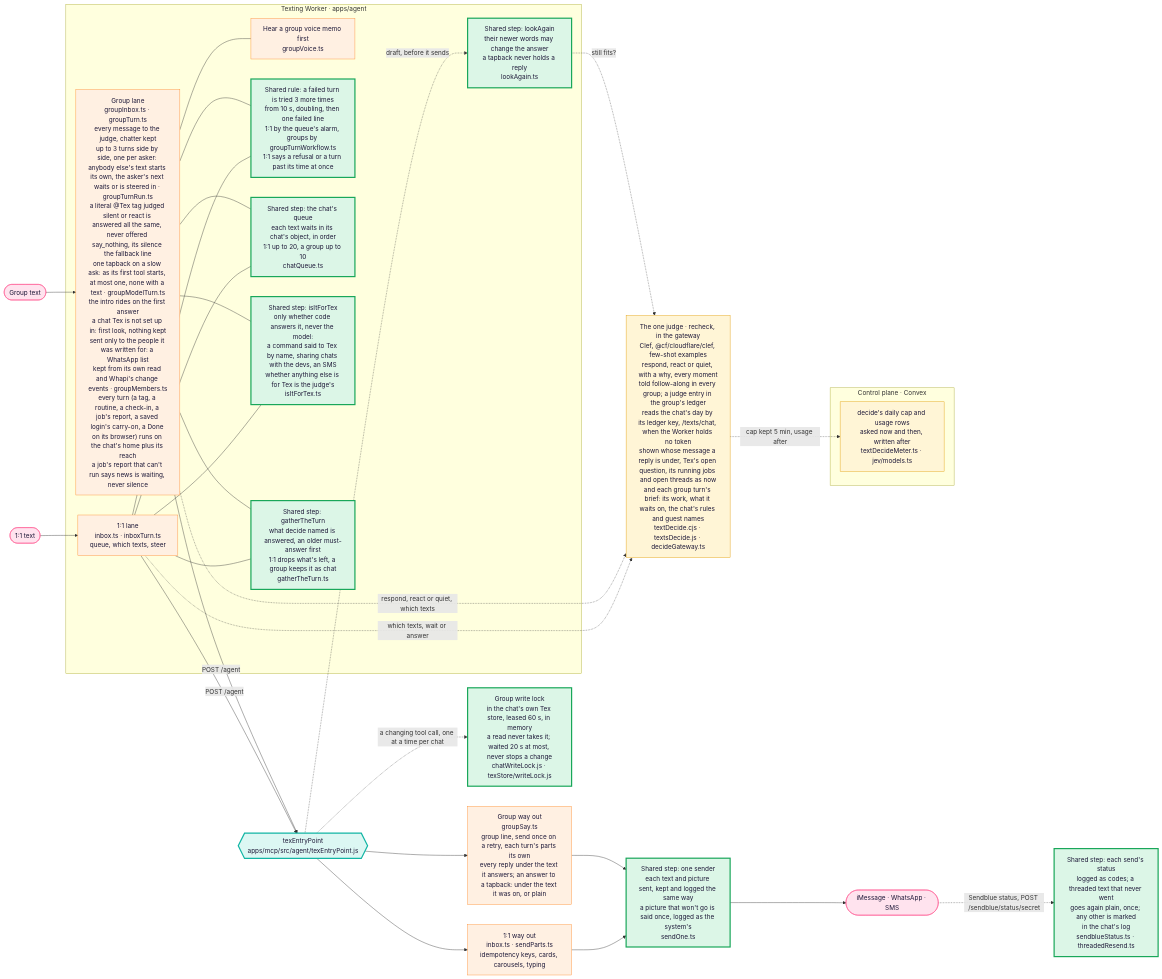
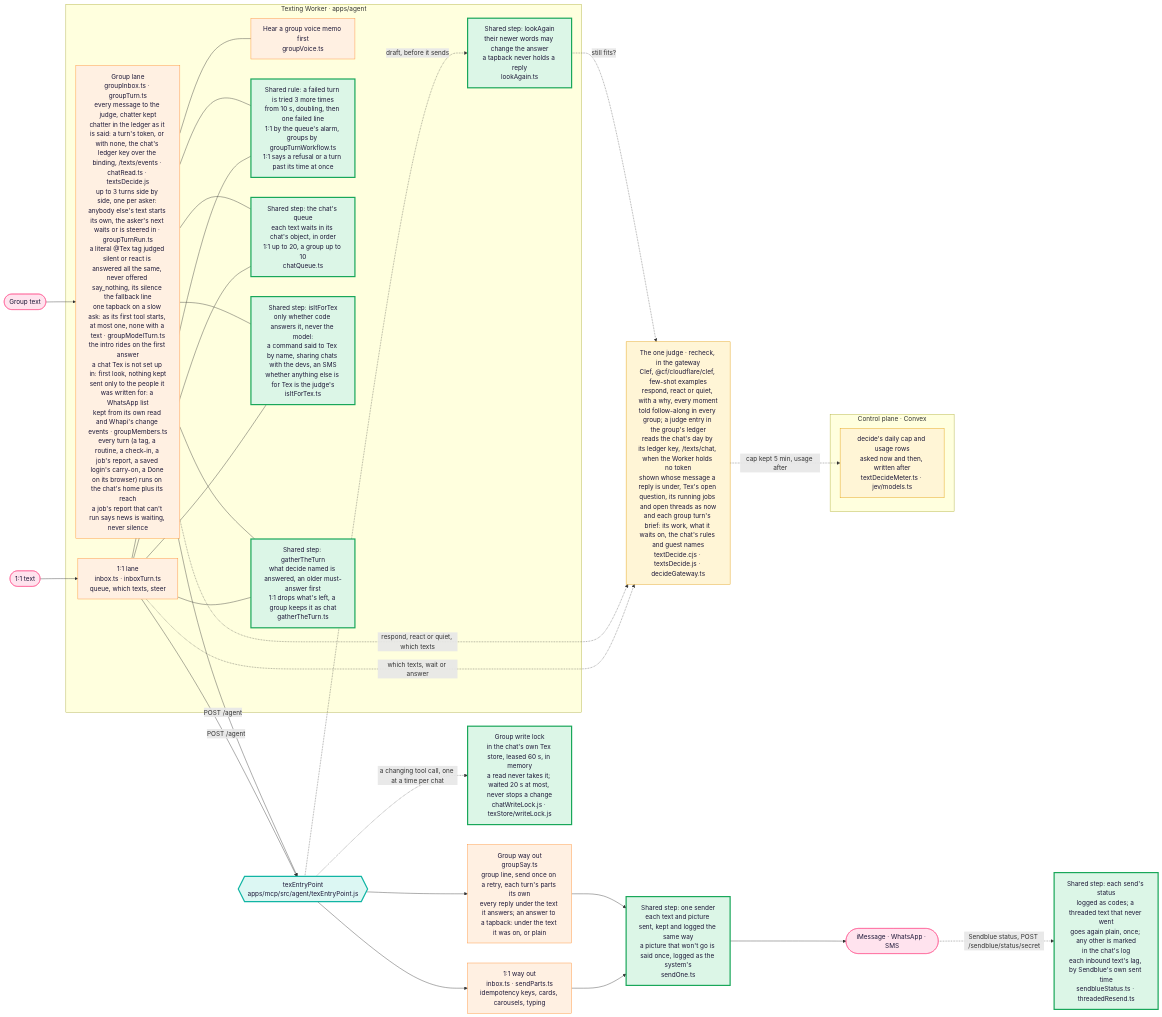
Before and after one commit to Supa-Media/context: the first of 3 diagrams in docs/architecture/tex.md, drawn with Mermaid. The commit also changed other lines of this file and 13 other files, not shown here.

First line of the commit message:
Tex in groups: quiet chatter reaches the ledger with no token; History names the judge's call; log Sendblue's inbound lag

````diff
--- a/docs/architecture/tex.md
+++ b/docs/architecture/tex.md
@@ -22,48 +22,48 @@
 ```mermaid
 flowchart LR
   P1([1:1 text]):::you --> W1
   P2([Group text]):::you --> W2
   subgraph Worker["Texting Worker · apps/agent"]
     W1["1:1 lane<br/>inbox.ts · inboxTurn.ts<br/>queue, which texts, steer"]:::pipe
-    W2["Group lane<br/>groupInbox.ts · groupTurn.ts<br/>every message to the judge, chatter kept<br/>up to 3 turns side by side, one per asker: anybody else's text starts its own, the asker's next waits or is steered in · groupTurnRun.ts<br/>a literal @Tex tag judged silent or react is answered all the same, never offered say_nothing, its silence the fallback line<br/>one tapback on a slow ask: as its first tool starts, at most one, none with a text · groupModelTurn.ts<br/>the intro rides on the first answer<br/>a chat Tex is not set up in: first look, nothing kept<br/>sent only to the people it was written for: a WhatsApp list<br/>kept from its own read and Whapi's change events · groupMembers.ts<br/>every turn (a tag, a routine, a check-in, a job's report, a saved login's carry-on, a Done on its browser) runs on the chat's home plus its reach<br/>a job's report that can't run says news is waiting, never silence"]:::pipe
+    W2["Group lane<br/>groupInbox.ts · groupTurn.ts<br/>every message to the judge, chatter kept<br/>chatter in the ledger as it is said: a turn's token, or with none, the chat's ledger key over the binding, /texts/events · chatRead.ts · textsDecide.js<br/>up to 3 turns side by side, one per asker: anybody else's text starts its own, the asker's next waits or is steered in · groupTurnRun.ts<br/>a literal @Tex tag judged silent or react is answered all the same, never offered say_nothing, its silence the fallback line<br/>one tapback on a slow ask: as its first tool starts, at most one, none with a text · groupModelTurn.ts<br/>the intro rides on the first answer<br/>a chat Tex is not set up in: first look, nothing kept<br/>sent only to the people it was written for: a WhatsApp list<br/>kept from its own read and Whapi's change events · groupMembers.ts<br/>every turn (a tag, a routine, a check-in, a job's report, a saved login's carry-on, a Done on its browser) runs on the chat's home plus its reach<br/>a job's report that can't run says news is waiting, never silence"]:::pipe
     H["Hear a group voice memo first<br/>groupVoice.ts"]:::pipe
     W2 --- H
     LA["Shared step: lookAgain<br/>their newer words may change the answer<br/>a tapback never holds a reply<br/>lookAgain.ts"]:::shared
     RT["Shared rule: a failed turn is tried 3 more times<br/>from 10 s, doubling, then one failed line<br/>1:1 by the queue's alarm, groups by groupTurnWorkflow.ts<br/>1:1 says a refusal or a turn past its time at once"]:::shared
     W1 --- RT
     W2 --- RT
     Q["Shared step: the chat's queue<br/>each text waits in its chat's object, in order<br/>1:1 up to 20, a group up to 10<br/>chatQueue.ts"]:::shared
     W1 --- Q
     W2 --- Q
     FT["Shared step: isItForTex<br/>only whether code answers it, never the model:<br/>a command said to Tex by name, sharing chats with the devs, an SMS<br/>whether anything else is for Tex is the judge's<br/>isItForTex.ts"]:::shared
     W1 --- FT
     W2 --- FT
     GT["Shared step: gatherTheTurn<br/>what decide named is answered, an older must-answer first<br/>1:1 drops what's left, a group keeps it as chat<br/>gatherTheTurn.ts"]:::shared
     W1 --- GT
     W2 --- GT
   end
   D["The one judge · recheck, in the gateway<br/>Clef, @cf/cloudflare/clef, few-shot examples<br/>respond, react or quiet, with a why, every moment<br/>told follow-along in every group; a judge entry in the group's ledger<br/>reads the chat's day by its ledger key, /texts/chat, when the Worker holds no token<br/>shown whose message a reply is under, Tex's open question, its running jobs and open threads as now<br/>and each group turn's brief: its work, what it waits on, the chat's rules and guest names<br/>textDecide.cjs · textsDecide.js · decideGateway.ts"]:::judge
   subgraph Control["Control plane · Convex"]
     CAP["decide's daily cap and usage rows<br/>asked now and then, written after<br/>textDecideMeter.ts · jev/models.ts"]:::judge
   end
   D -. cap kept 5 min, usage after .-> CAP
   W1 -. which texts, wait or answer .-> D
   W2 -. respond, react or quiet, which texts .-> D
   E -. draft, before it sends .-> LA
   LA -. still fits? .-> D
   W1 -->|POST /agent| E
   W2 -->|POST /agent| E
   E{{"texEntryPoint<br/>apps/mcp/src/agent/texEntryPoint.js"}}:::door
   E --> S1["1:1 way out<br/>inbox.ts · sendParts.ts<br/>idempotency keys, cards, carousels, typing"]:::pipe
   E --> S2["Group way out<br/>groupSay.ts<br/>group line, send once on a retry, each turn's parts its own<br/>every reply under the text it answers; an answer to a tapback: under the text it was on, or plain"]:::pipe
   E -. "a changing tool call, one at a time per chat" .-> WL["Group write lock<br/>in the chat's own Tex store, leased 60 s, in memory<br/>a read never takes it; waited 20 s at most, never stops a change<br/>chatWriteLock.js · texStore/writeLock.js"]:::shared
   S1 --> SO["Shared step: one sender<br/>each text and picture sent, kept and logged the same way<br/>a picture that won't go is said once, logged as the system's<br/>sendOne.ts"]:::shared
   S2 --> SO
   SO --> Out([iMessage · WhatsApp · SMS]):::you
-  Out -. "Sendblue status, POST /sendblue/status/secret" .-> ST["Shared step: each send's status<br/>logged as codes; a threaded text that never went<br/>goes again plain, once; any other is marked<br/>in the chat's log<br/>sendblueStatus.ts · threadedResend.ts"]:::shared
+  Out -. "Sendblue status, POST /sendblue/status/secret" .-> ST["Shared step: each send's status<br/>logged as codes; a threaded text that never went<br/>goes again plain, once; any other is marked<br/>in the chat's log<br/>each inbound text's lag, by Sendblue's own sent time<br/>sendblueStatus.ts · threadedResend.ts"]:::shared
   classDef you fill:#ffe3ee,stroke:#ff4f8b,color:#1d1838
   classDef pipe fill:#fff0e2,stroke:#ff8a2a,color:#1d1838
   classDef door fill:#dcf7f3,stroke:#11b5a4,stroke-width:3px,color:#1d1838
   classDef judge fill:#fff5d6,stroke:#e09a00,color:#1d1838
   classDef shared fill:#dcf6e7,stroke:#19a75a,stroke-width:3px,color:#1d1838
 ```
````
